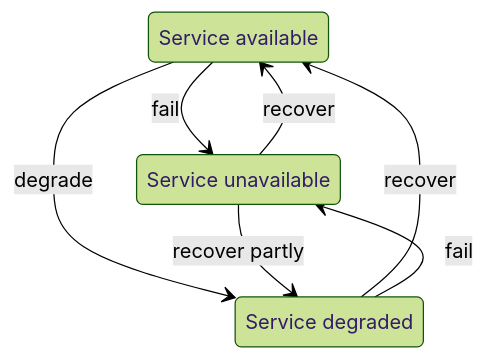
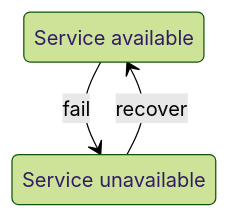
The second of 2 diagrams in src/main/docs/content/08_cross_cutting/02_domain_model.md (KaiserpfalzEDV/kp-status), drawn with Mermaid (forest theme) before and after one commit. The commit also changed other lines of this file and 8 other files, not shown here.

```diff
--- a/src/main/docs/content/08_cross_cutting/02_domain_model.md
+++ b/src/main/docs/content/08_cross_cutting/02_domain_model.md
@@ -230,15 +229,8 @@
 {{< mermaid >}}
 stateDiagram-v2
     up : Service available
-    degrade : Service degraded
     down : Service unavailable
 
     up --> down : fail
-    up --> degrade : degrade
-
     down --> up : recover
-    down --> degrade : recover partly
-
-    degrade --> up : recover
-    degrade --> down: fail
 {{< /mermaid >}}
```
